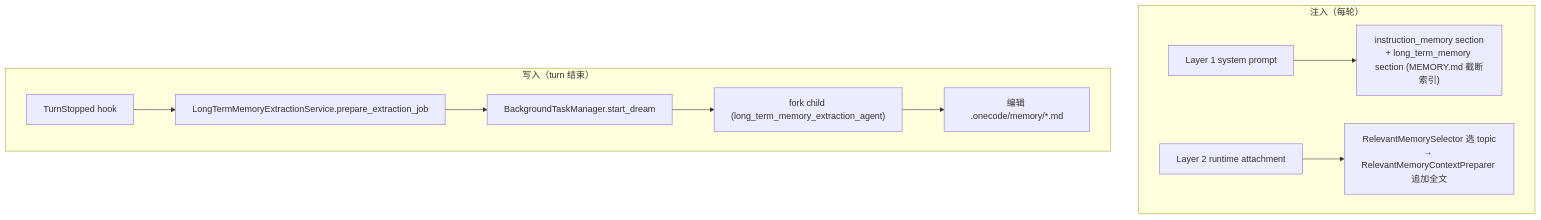
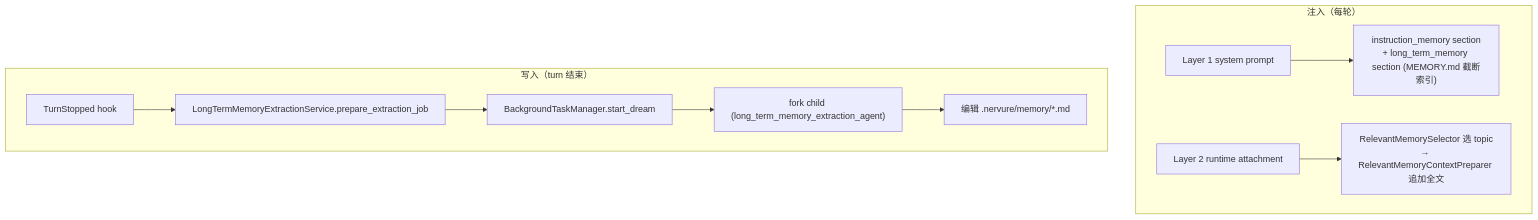
One commit to user0452/Nervure changed the diagram in docs/design-docs/memory-architecture.md. Above: the diagram before and after it, drawn with Mermaid. The commit also changed other lines of this file and 819 other files, not shown here.

````diff
--- a/docs/design-docs/memory-architecture.md
+++ b/docs/design-docs/memory-architecture.md
@@ -59,13 +59,13 @@
 ```mermaid
 flowchart TD
   subgraph Inject["注入（每轮）"]
     A1["Layer 1 system prompt"] --> P1["instruction_memory section\n+ long_term_memory section (MEMORY.md 截断索引)"]
     A2["Layer 2 runtime attachment"] --> P2["RelevantMemorySelector 选 topic\n→ RelevantMemoryContextPreparer 追加全文"]
   end
   subgraph Write["写入（turn 结束）"]
     T["TurnStopped hook"] --> Dream["LongTermMemoryExtractionService.prepare_extraction_job"]
     Dream --> Bg["BackgroundTaskManager.start_dream"]
     Bg --> Child["fork child (long_term_memory_extraction_agent)"]
-    Child --> Files["编辑 .onecode/memory/*.md"]
+    Child --> Files["编辑 .nervure/memory/*.md"]
   end
 ```
````
